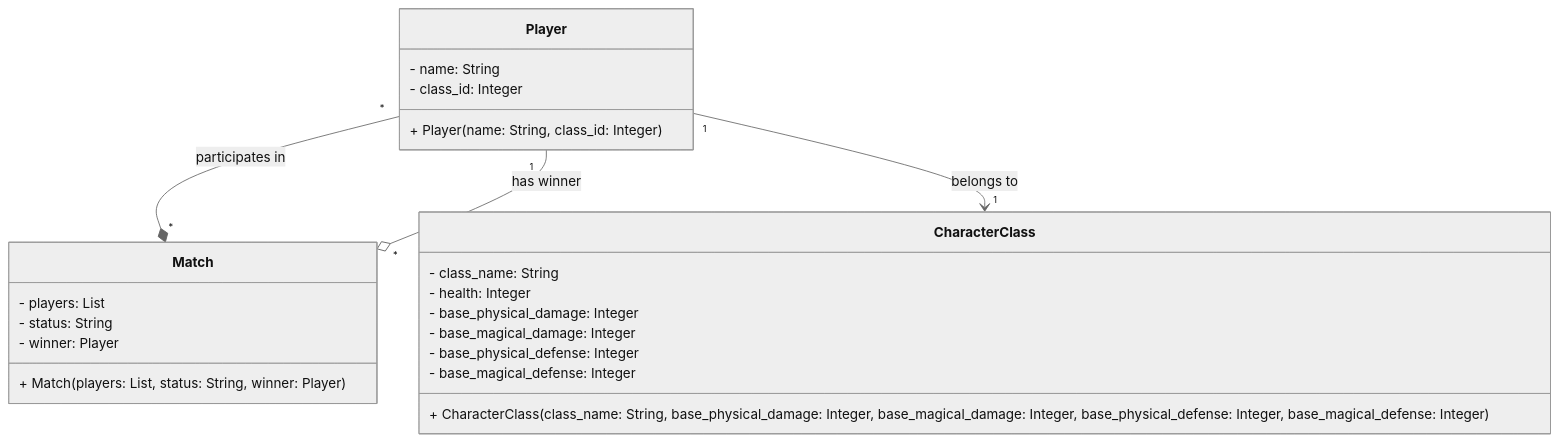
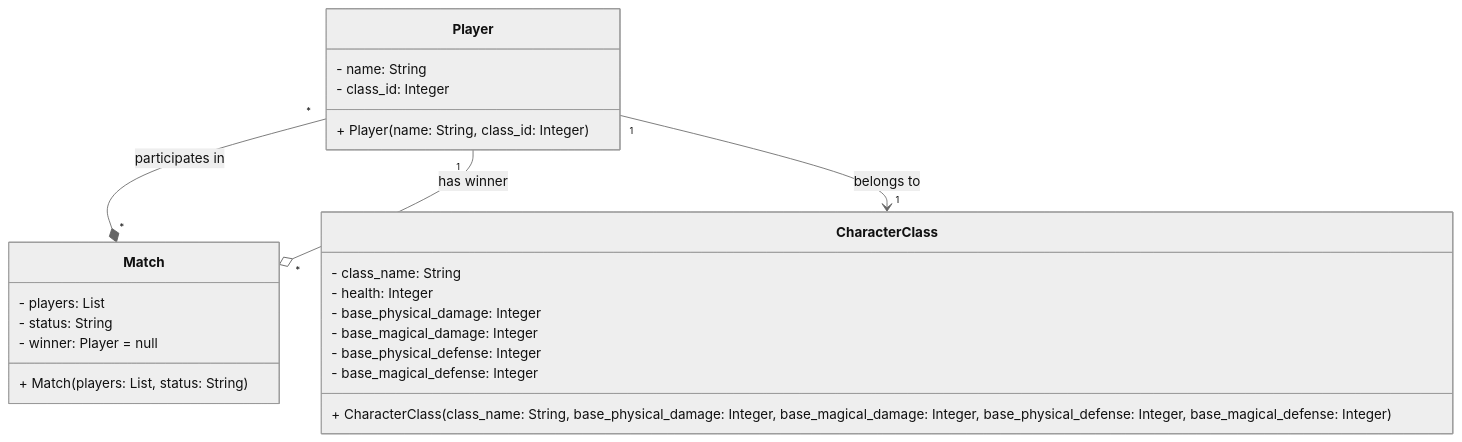
One commit to wsbittencourt/java-lab-dio-santander changed the diagram in README.md. Above: the diagram before and after it, drawn with Mermaid (neutral theme).

````diff
--- a/README.md
+++ b/README.md
@@ -7,29 +7,29 @@
 ```mermaid
 classDiagram
   class CharacterClass {
     - class_name: String
     - health: Integer
     - base_physical_damage: Integer
     - base_magical_damage: Integer
     - base_physical_defense: Integer
     - base_magical_defense: Integer
     + CharacterClass(class_name: String, base_physical_damage: Integer, base_magical_damage: Integer, base_physical_defense: Integer, base_magical_defense: Integer)
   }
 
   class Player {
     - name: String
     - class_id: Integer
     + Player(name: String, class_id: Integer)
   }
 
   class Match {
     - players: List<Player>
     - status: String
-    - winner: Player
-    + Match(players: List<Player>, status: String, winner: Player)
+    - winner: Player = null
+    + Match(players: List<Player>, status: String)
   }
 
   Player "*" --* "*" Match : participates in
   Match "*" o-- "1" Player : has winner
   Player "1" --> "1" CharacterClass : belongs to
 ```
````
